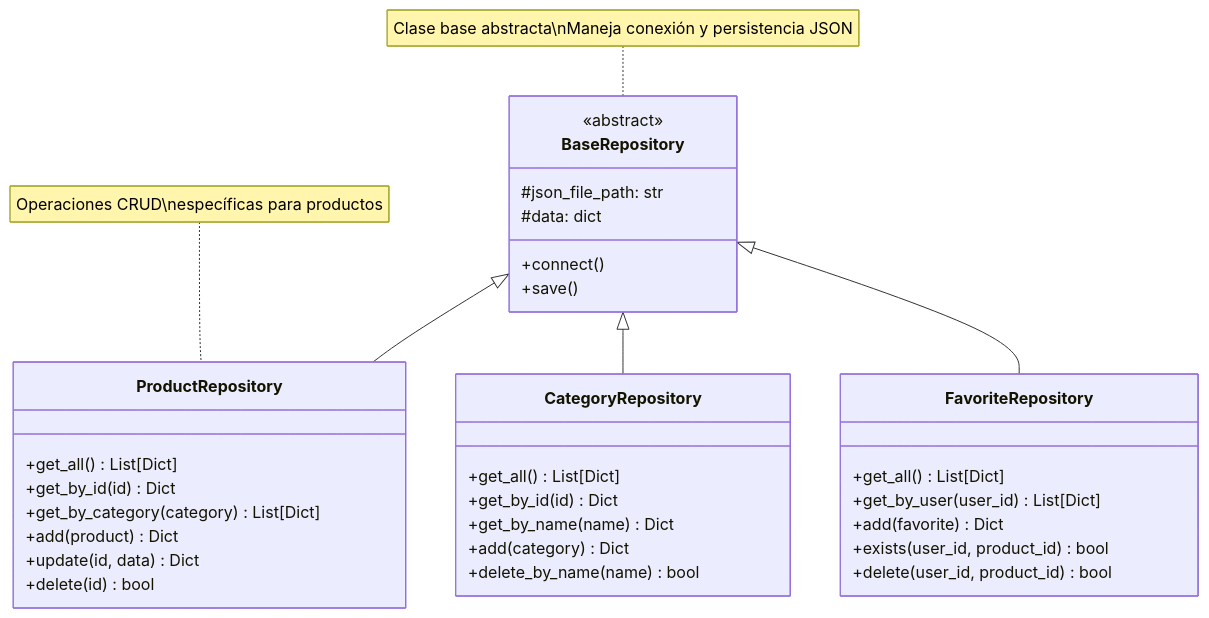
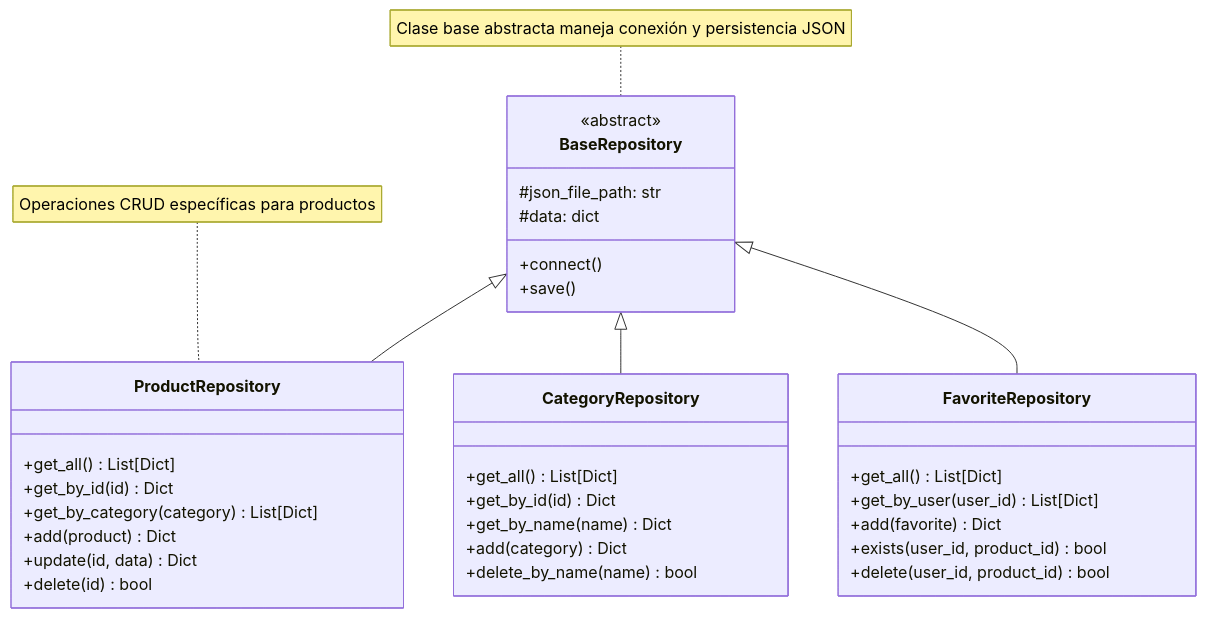
Before and after one commit to jrios304/course-design-patterns: the third of 6 diagrams in REFLECTION.md, drawn with Mermaid.

Commit message:
update repository pattern diagram labels

````diff
--- a/REFLECTION.md
+++ b/REFLECTION.md
@@ -211,42 +211,42 @@
 ```mermaid
 classDiagram
     class BaseRepository {
         <<abstract>>
         #json_file_path: str
         #data: dict
         +connect()
         +save()
     }
     
     class ProductRepository {
         +get_all() List[Dict]
         +get_by_id(id) Dict
         +get_by_category(category) List[Dict]
         +add(product) Dict
         +update(id, data) Dict
         +delete(id) bool
     }
     
     class CategoryRepository {
         +get_all() List[Dict]
         +get_by_id(id) Dict
         +get_by_name(name) Dict
         +add(category) Dict
         +delete_by_name(name) bool
     }
     
     class FavoriteRepository {
         +get_all() List[Dict]
         +get_by_user(user_id) List[Dict]
         +add(favorite) Dict
         +exists(user_id, product_id) bool
         +delete(user_id, product_id) bool
     }
     
     BaseRepository <|-- ProductRepository
     BaseRepository <|-- CategoryRepository
     BaseRepository <|-- FavoriteRepository
     
-    note for BaseRepository "Clase base abstracta\nManeja conexión y persistencia JSON"
-    note for ProductRepository "Operaciones CRUD\nespecíficas para productos"
+    note for BaseRepository "Clase base abstracta maneja conexión y persistencia JSON"
+    note for ProductRepository "Operaciones CRUD específicas para productos"
 ```
````
